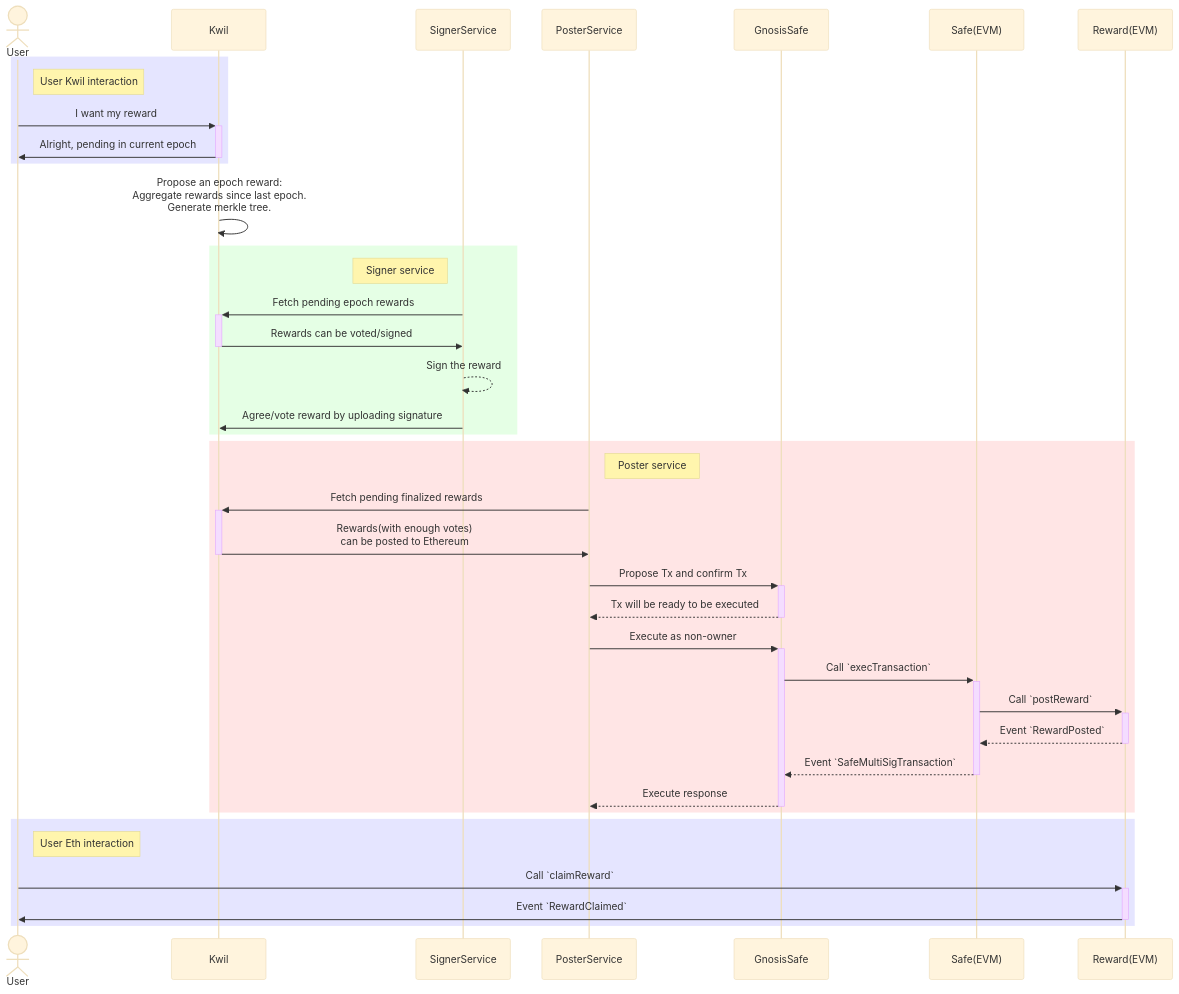
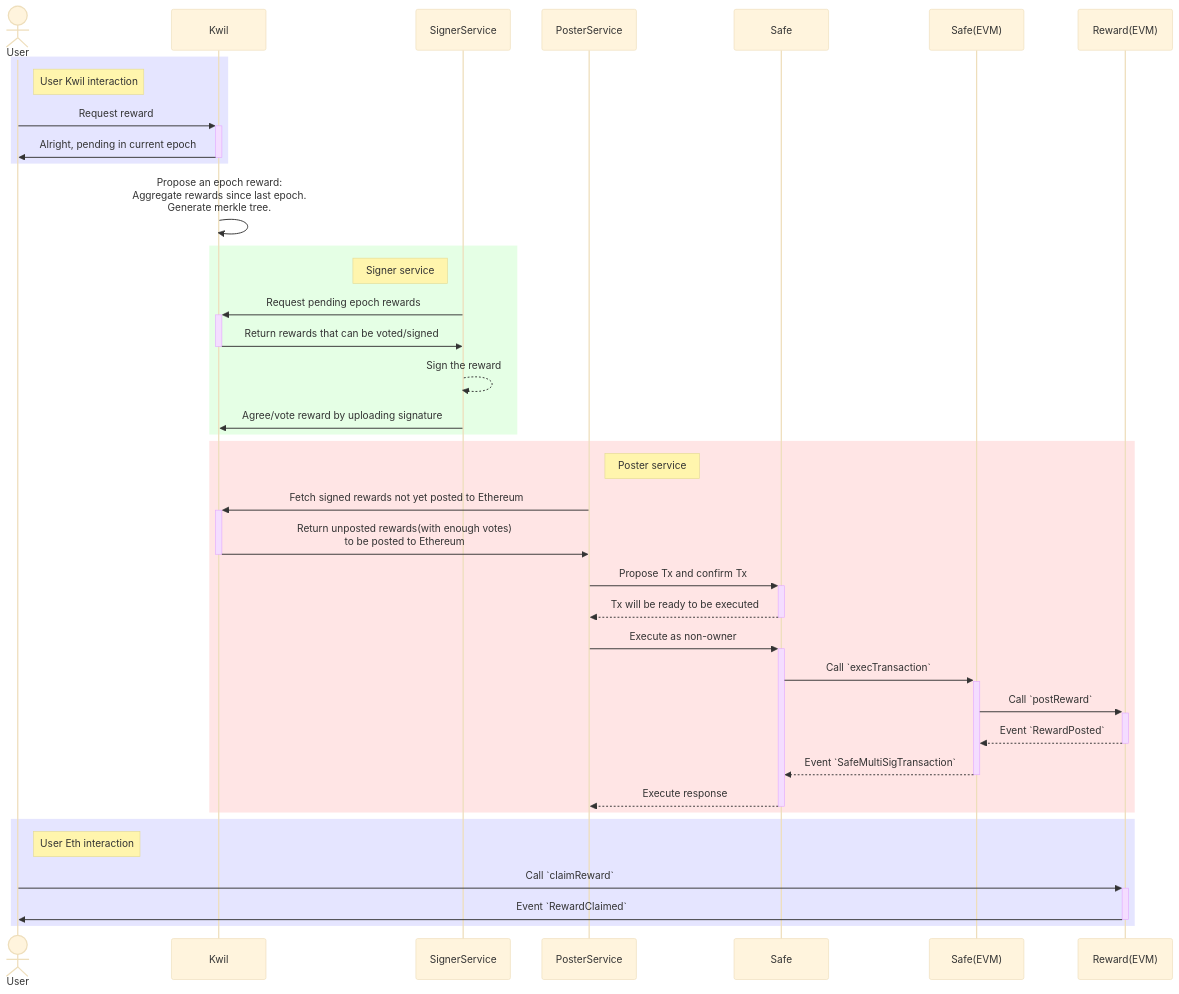
The diagram in README.md (trufnetwork/rewards_contracts), drawn with Mermaid (base theme) before and after one commit. The commit also changed other lines of this file and 2 other files, not shown here.

Commit message:
fix: minor cleanup to docs (#3)

````diff
--- a/README.md
+++ b/README.md
@@ -5,47 +5,47 @@
 ```mermaid
 sequenceDiagram
     Actor u as User
     participant k as Kwil
     participant s as SignerService
     participant p as PosterService
-    participant g as GnosisSafe
+    participant g as Safe
     participant sf as Safe(EVM)
     participant r as Reward(EVM)
 
     rect rgba(0, 0, 255, .1)
     Note right of u: User Kwil interaction
-    u ->>+ k: I want my reward
+    u ->>+ k: Request reward
     k ->>- u: Alright, pending in current epoch
     end
 
     k ->> k: Propose an epoch reward: <br> Aggregate rewards since last epoch. <br> Generate merkle tree.
 
     rect rgba(0,255,0,.1)
     Note left of s: Signer service
-    s ->>+ k: Fetch pending epoch rewards
-    k ->>- s: Rewards can be voted/signed
+    s ->>+ k: Request pending epoch rewards
+    k ->>- s: Return rewards that can be voted/signed
     s -->> s: Sign the reward
     s ->> k: Agree/vote reward by uploading signature
     end
 
     rect rgba(255,0,0,.1)
     Note right of p: Poster service
-    p ->>+ k: Fetch pending finalized rewards
-    k ->>- p: Rewards(with enough votes) <br>can be posted to Ethereum
+    p ->>+ k: Fetch signed rewards not yet posted to Ethereum
+    k ->>- p: Return unposted rewards(with enough votes) <br>to be posted to Ethereum
     p ->>+ g: Propose Tx and confirm Tx
     g -->>- p: Tx will be ready to be executed
 
     p ->>+ g: Execute as non-owner
     g ->>+ sf: Call `execTransaction`
     sf ->>+ r: Call `postReward`
     r -->>- sf: Event `RewardPosted`
     sf -->>- g: Event `SafeMultiSigTransaction`
     g -->>- p: Execute response
     end
 
     rect rgba(0,0, 255, .1)
     Note right of u: User Eth interaction
     u ->>+ r: Call `claimReward`
     r ->>- u: Event `RewardClaimed`
     end
 ```
````
